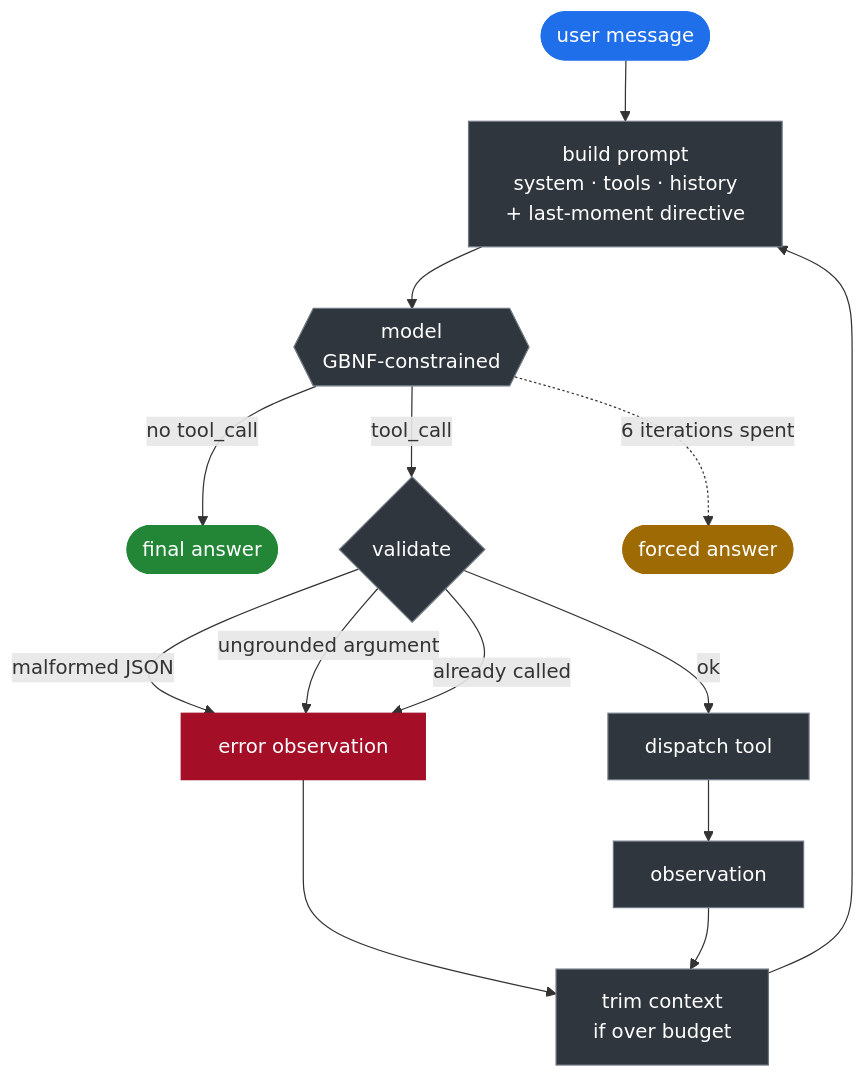
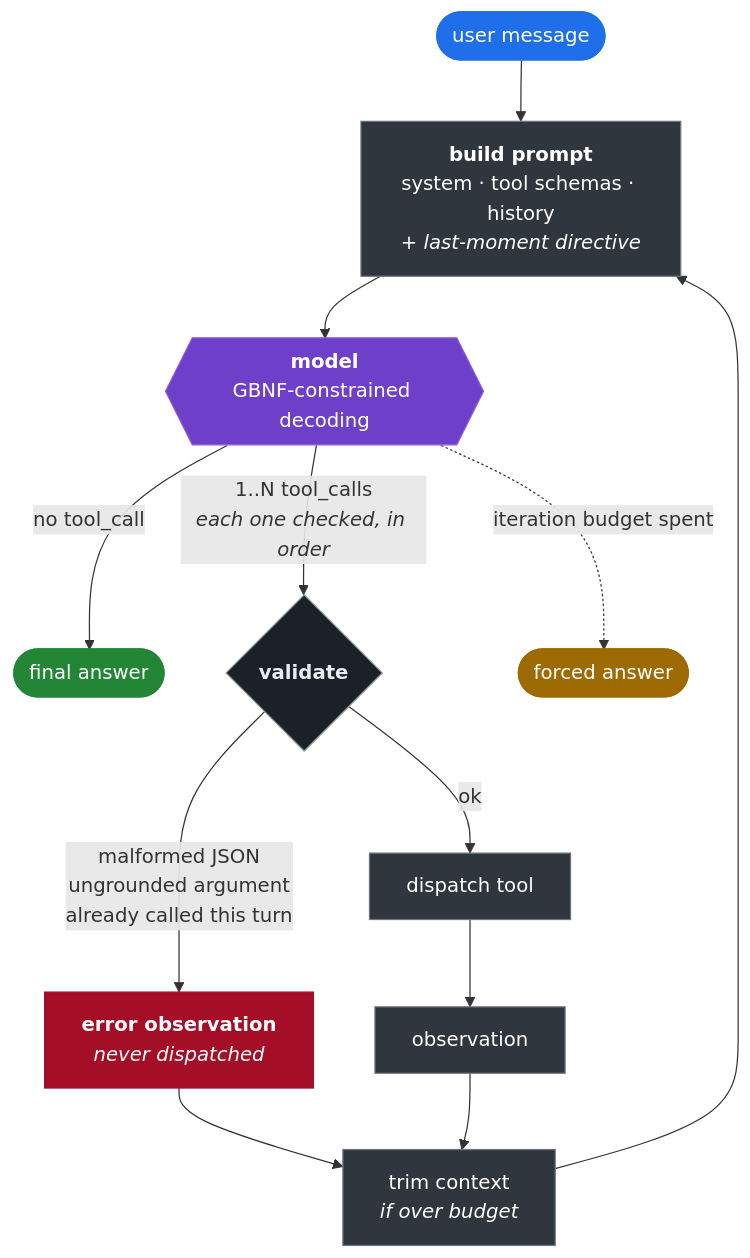
One commit to BerhakTanyildizi/llama-tr-agent changed the diagram in README.md. Above: the diagram before and after it, drawn with Mermaid. The commit also changed other lines of this file and 15 other files, not shown here.

First line of the commit message:
Dispatch every tool call, add a harness test suite

````diff
--- a/README.md
+++ b/README.md
@@ -71,26 +107,34 @@
 ```mermaid
 flowchart TD
-    U([user message]) --> P
-    P["build prompt<br/>system · tools · history<br/>+ last-moment directive"] --> M
-    M{{"model<br/>GBNF-constrained"}} -->|no tool_call| A([final answer])
-    M -->|tool_call| V{validate}
-    V -->|"malformed JSON"| O
-    V -->|"ungrounded argument"| O
-    V -->|"already called"| O["error observation"]
-    V -->|ok| D["dispatch tool"] --> O2["observation"]
-    O --> T
-    O2 --> T["trim context<br/>if over budget"]
+    U(["user message"]) --> P
+
+    P["<b>build prompt</b><br/>system · tool schemas · history<br/><i>+ last-moment directive</i>"]
+    P --> M{{"<b>model</b><br/>GBNF-constrained decoding"}}
+
+    M -->|"no tool_call"| A(["final answer"])
+    M -->|"1..N tool_calls<br/><i>each one checked, in order</i>"| V{"<b>validate</b>"}
+
+    V -->|"malformed JSON<br/>ungrounded argument<br/>already called this turn"| E["<b>error observation</b><br/><i>never dispatched</i>"]
+    V -->|"ok"| D["dispatch tool"] --> O["observation"]
+
+    E --> T
+    O --> T["trim context<br/><i>if over budget</i>"]
     T --> P
-    M -.->|"6 iterations spent"| G([forced answer])
 
-    classDef io fill:#1f6feb,stroke:#1f6feb,color:#ffffff
-    classDef good fill:#238636,stroke:#238636,color:#ffffff
-    classDef warn fill:#9e6a03,stroke:#9e6a03,color:#ffffff
-    classDef err fill:#a40e26,stroke:#a40e26,color:#ffffff
-    classDef step fill:#30363d,stroke:#6e7681,color:#ffffff
-    class U io
+    M -.->|"iteration budget spent"| G(["forced answer"])
+
+    classDef entry fill:#1f6feb,stroke:#1f6feb,color:#ffffff
+    classDef good  fill:#238636,stroke:#238636,color:#ffffff
+    classDef warn  fill:#9e6a03,stroke:#9e6a03,color:#ffffff
+    classDef err   fill:#a40e26,stroke:#a40e26,color:#ffffff
+    classDef brain fill:#6e40c9,stroke:#8957e5,color:#ffffff
+    classDef gate  fill:#1c2128,stroke:#8b949e,color:#e6edf3
+    classDef step  fill:#30363d,stroke:#6e7681,color:#ffffff
+    class U entry
     class A good
     class G warn
-    class O err
-    class P,M,V,D,O2,T step
+    class E err
+    class M brain
+    class V gate
+    class P,D,O,T step
 ```
````
